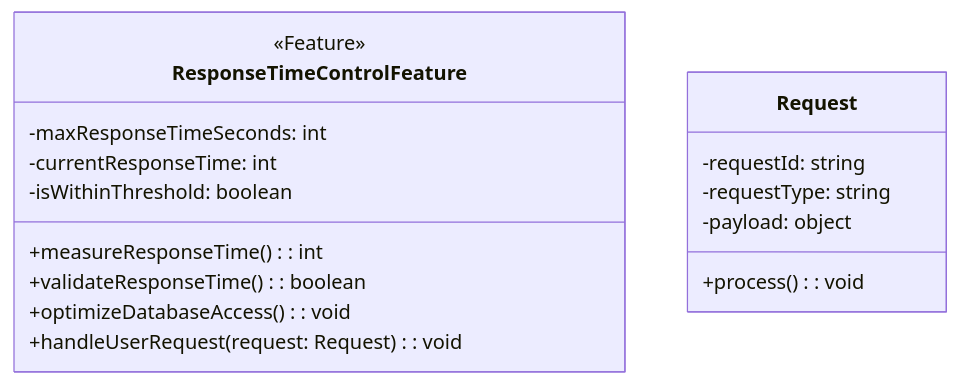
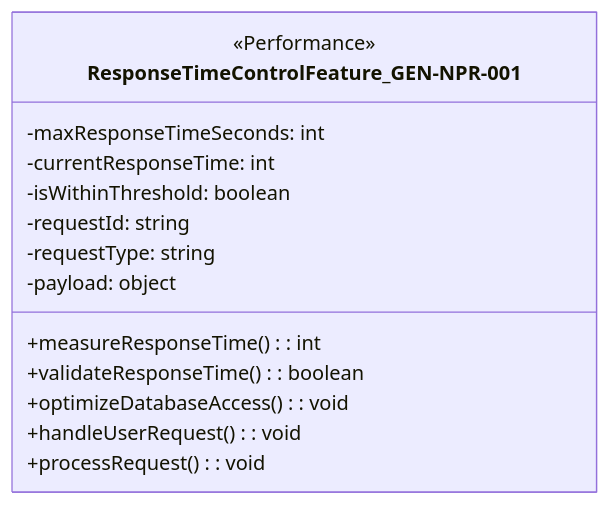
One commit to sun922/University-SoftwareDesign changed diagram 33 of 39 in 1. Requirement Analysis/Software Requirements Specification.md. Above: the diagram before and after it, drawn with Mermaid. The commit also changed other lines of this file, not shown here.

Commit message:
디자인, 품질, 제약 요구사항 클래스 다이어그램 추가

````diff
--- a/1. Requirement Analysis/Software Requirements Specification.md
+++ b/1. Requirement Analysis/Software Requirements Specification.md
@@ -1164,22 +1162,19 @@
 ```mermaid
 classDiagram
-    class ResponseTimeControlFeature {
-        <<Feature>>
+    class ResponseTimeControlFeature_GEN-NPR-001 {
+        <<Performance>>
         -maxResponseTimeSeconds: int
         -currentResponseTime: int
         -isWithinThreshold: boolean
+        -requestId: string
+        -requestType: string
+        -payload: object
 
         +measureResponseTime(): int
         +validateResponseTime(): boolean
         +optimizeDatabaseAccess(): void
-        +handleUserRequest(request: Request): void
+        +handleUserRequest(): void
+        +processRequest(): void
     }
 
-    class Request {
-        -requestId: string
-        -requestType: string
-        -payload: object
-
-        +process(): void
-    }
 ```
````
